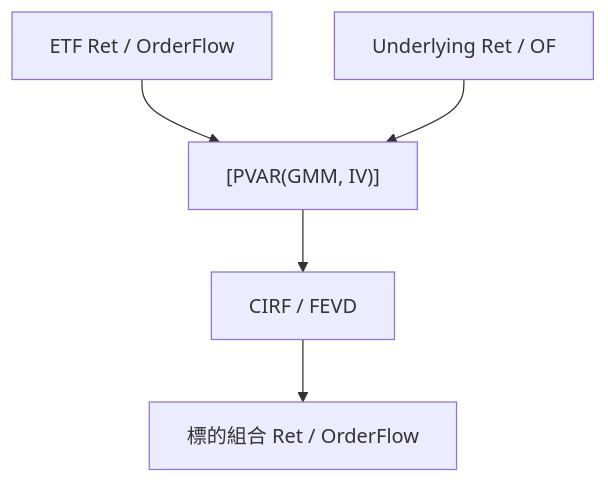
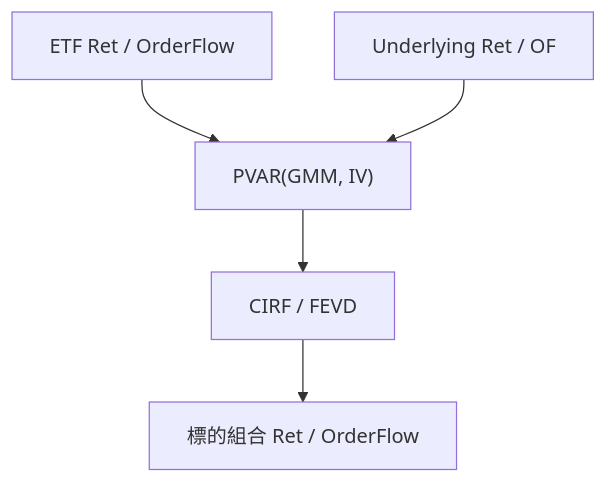
One commit to sou350121/Trading-Handbook changed the diagram in foundations/market-microstructure/pvar.md. Above: the diagram before and after it, drawn with Mermaid. The commit also changed 191 other files, not shown here.

First line of the commit message:
render: fix math + mermaid for GitHub across the corpus (188 pages)

````diff
--- a/foundations/market-microstructure/pvar.md
+++ b/foundations/market-microstructure/pvar.md
@@ -32,7 +32,7 @@
 ```mermaid
 flowchart TD
-    A["ETF Ret / OrderFlow"] --> B["[PVAR(GMM, IV)]"]
-    E["Underlying Ret / OF"] --> B["[PVAR(GMM, IV)]"]
-    B["[PVAR(GMM, IV)]"] --> C["CIRF / FEVD"]
+    A["ETF Ret / OrderFlow"] --> B["PVAR(GMM, IV)"]
+    E["Underlying Ret / OF"] --> B["PVAR(GMM, IV)"]
+    B["PVAR(GMM, IV)"] --> C["CIRF / FEVD"]
     C["CIRF / FEVD"] --> D["標的組合 Ret / OrderFlow"]
 ```
````
